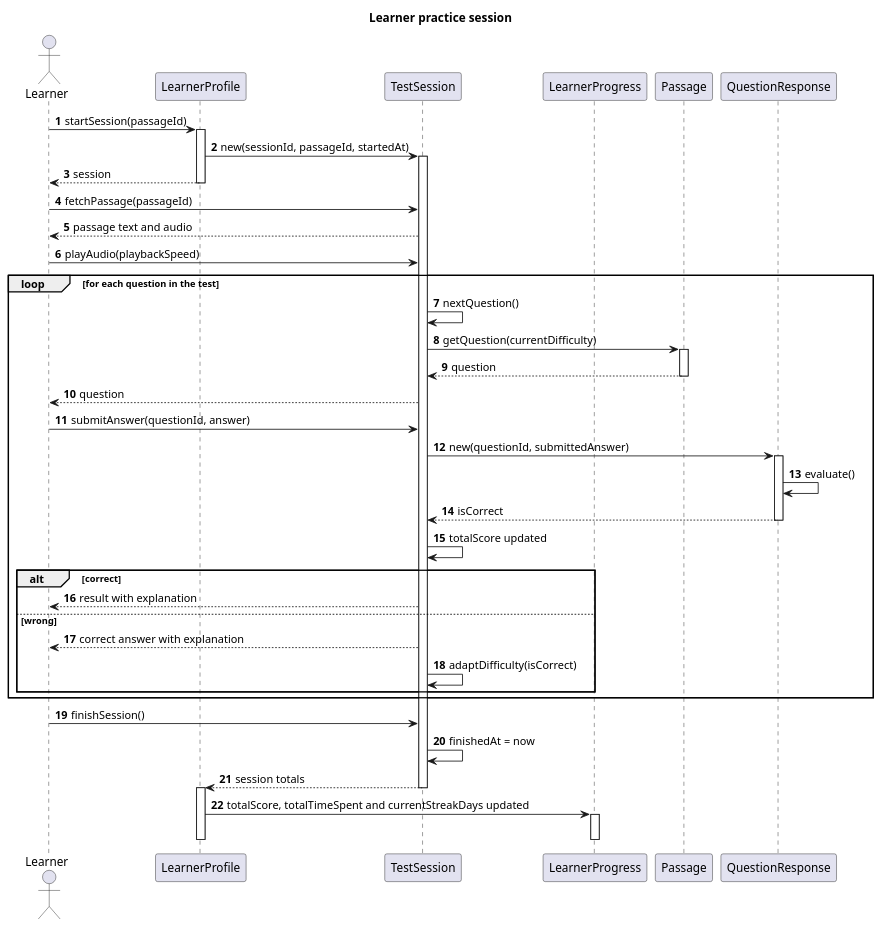
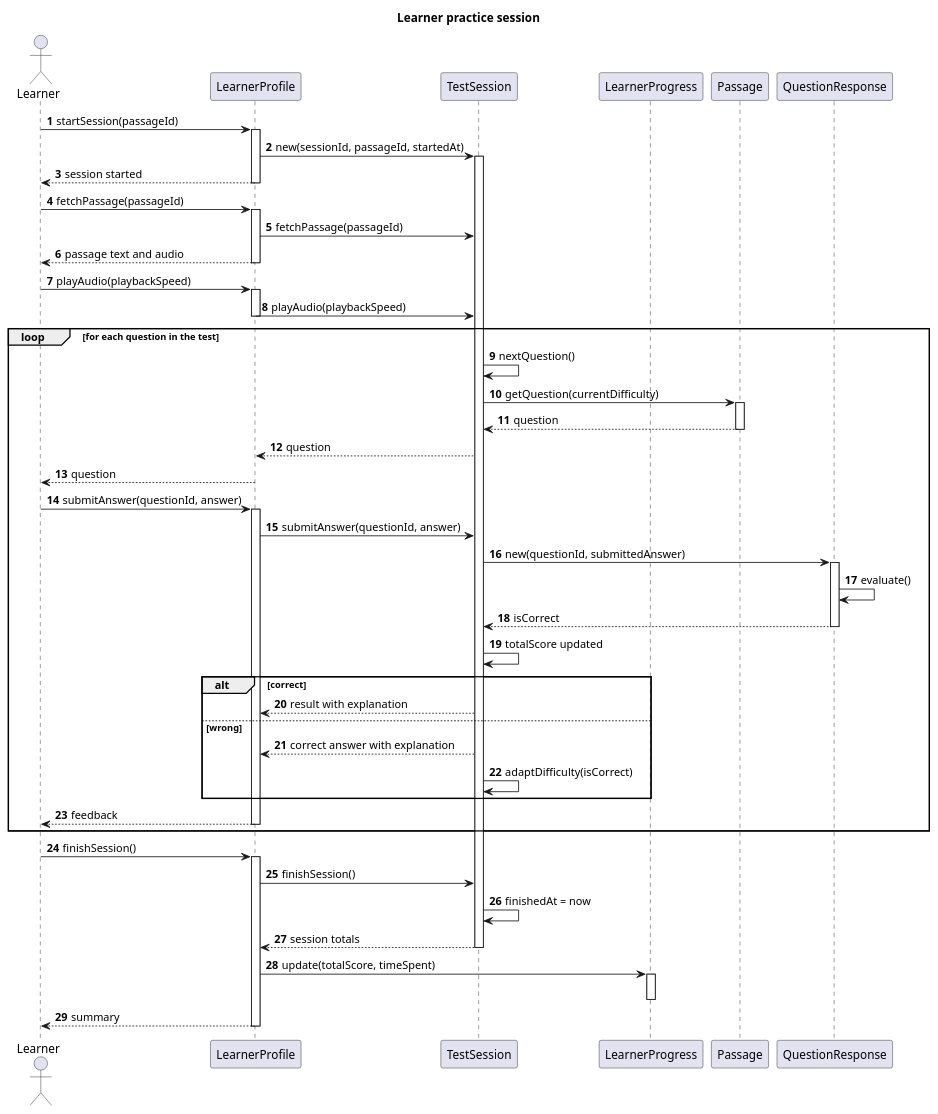
Before and after one commit to iAbdulrrahman/asghi-diagrams: the diagram in h_seq3_learner_session.puml, drawn with PlantUML. The commit also changed 7 other files, not shown here.

```diff
--- a/h_seq3_learner_session.puml
+++ b/h_seq3_learner_session.puml
@@ -1,58 +1,71 @@
 @startuml
 title Learner practice session
 autonumber
 
 actor Learner as L
 participant "LearnerProfile" as LP
 participant "TestSession" as TS
 participant "LearnerProgress" as LPR
 participant "Passage" as P
 participant "QuestionResponse" as QR
 
 L -> LP : startSession(passageId)
 activate LP
 LP -> TS : new(sessionId, passageId, startedAt)
 activate TS
-LP --> L : session
+LP --> L : session started
 deactivate LP
 
-L -> TS : fetchPassage(passageId)
-TS --> L : passage text and audio
+L -> LP : fetchPassage(passageId)
+activate LP
+LP -> TS : fetchPassage(passageId)
+LP --> L : passage text and audio
+deactivate LP
 
-L -> TS : playAudio(playbackSpeed)
+L -> LP : playAudio(playbackSpeed)
+activate LP
+LP -> TS : playAudio(playbackSpeed)
+deactivate LP
 
 loop for each question in the test
     TS -> TS : nextQuestion()
     TS -> P : getQuestion(currentDifficulty)
     activate P
     P --> TS : question
     deactivate P
-    TS --> L : question
+    TS --> LP : question
+    LP --> L : question
 
-    L -> TS : submitAnswer(questionId, answer)
+    L -> LP : submitAnswer(questionId, answer)
+    activate LP
+    LP -> TS : submitAnswer(questionId, answer)
     TS -> QR : new(questionId, submittedAnswer)
     activate QR
     QR -> QR : evaluate()
     QR --> TS : isCorrect
     deactivate QR
     TS -> TS : totalScore updated
 
     alt correct
-        TS --> L : result with explanation
+        TS --> LP : result with explanation
     else wrong
-        TS --> L : correct answer with explanation
+        TS --> LP : correct answer with explanation
         TS -> TS : adaptDifficulty(isCorrect)
     end
+    LP --> L : feedback
+    deactivate LP
 end
 
-L -> TS : finishSession()
+L -> LP : finishSession()
+activate LP
+LP -> TS : finishSession()
 TS -> TS : finishedAt = now
 TS --> LP : session totals
 deactivate TS
-activate LP
-LP -> LPR : totalScore, totalTimeSpent and currentStreakDays updated
+LP -> LPR : update(totalScore, timeSpent)
 activate LPR
 deactivate LPR
+LP --> L : summary
 deactivate LP
 
 @enduml
```
